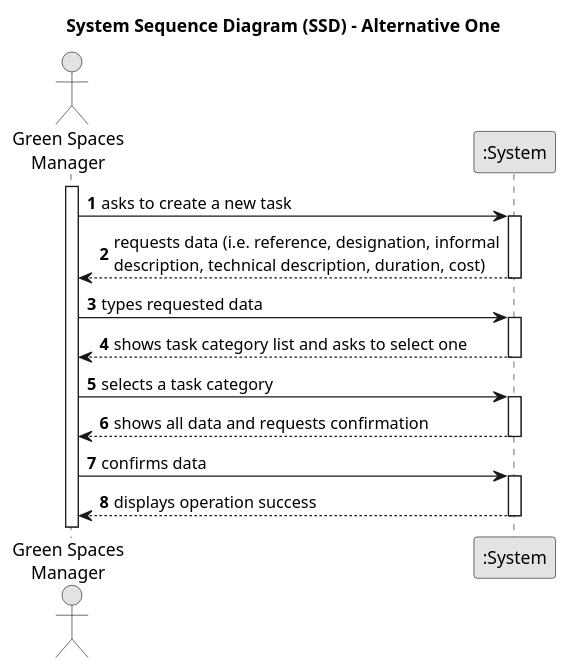
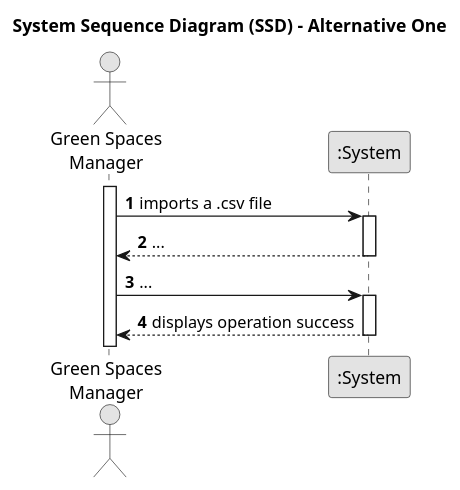
The diagram in docs/sprintA&B/us012/01.requirements-engineering/puml/us012-system-sequence-diagram-alternative-one.puml (daniel41silva05/ISEP_2023_2024_LAPR2), drawn with PlantUML before and after one commit. The commit also changed 3 other files, not shown here.

```diff
--- a/docs/sprintA&B/us012/01.requirements-engineering/puml/us012-system-sequence-diagram-alternative-one.puml
+++ b/docs/sprintA&B/us012/01.requirements-engineering/puml/us012-system-sequence-diagram-alternative-one.puml
@@ -1,39 +1,27 @@
 @startuml
 skinparam monochrome true
 skinparam packageStyle rectangle
 skinparam shadowing false
 
 title System Sequence Diagram (SSD) - Alternative One
 
 autonumber
 
 actor "Green Spaces\nManager" as GSM
 participant ":System" as System
 
 activate GSM
 
-    GSM -> System : asks to create a new task
+    GSM -> System : imports a .csv file
     activate System
 
-        System --> GSM : requests data (i.e. reference, designation, informal\ndescription, technical description, duration, cost)
+        System --> GSM : ...
     deactivate System
 
-    GSM -> System : types requested data
-    activate System
-
-        System --> GSM : shows task category list and asks to select one
-    deactivate System
-
-    GSM -> System : selects a task category
-    activate System
-
-        System --> GSM : shows all data and requests confirmation
-    deactivate System
-
-    GSM -> System : confirms data
+    GSM -> System : ...
     activate System
 
         System --> GSM : displays operation success
     deactivate System
 
 @enduml
```
